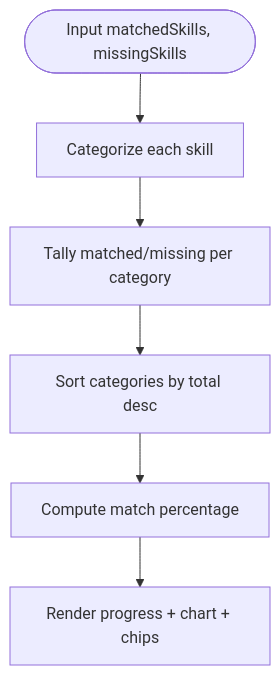
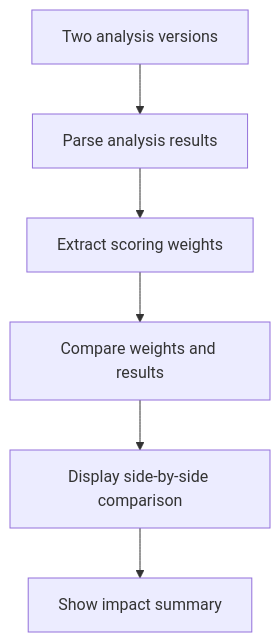
The sixth of 8 diagrams in .qoder/repowiki/en/content/Reporting & Analytics/Comparison & Visualization.md (Revanththetalogics/aireume), drawn with Mermaid before and after one commit. The commit also changed other lines of this file and 32 other files, not shown here.

````diff
--- a/.qoder/repowiki/en/content/Reporting & Analytics/Comparison & Visualization.md
+++ b/.qoder/repowiki/en/content/Reporting & Analytics/Comparison & Visualization.md
@@ -279,8 +282,8 @@
 ```mermaid
 flowchart TD
-Start(["Input matchedSkills, missingSkills"]) --> Categorize["Categorize each skill"]
-Categorize --> Tally["Tally matched/missing per category"]
-Tally --> Sort["Sort categories by total desc"]
-Sort --> Compute["Compute match percentage"]
-Compute --> Render["Render progress + chart + chips"]
+Input["Two analysis versions"] --> Parse["Parse analysis results"]
+Parse --> Weights["Extract scoring weights"]
+Weights --> Compare["Compare weights and results"]
+Compare --> Display["Display side-by-side comparison"]
+Display --> Impact["Show impact summary"]
 ```
````
